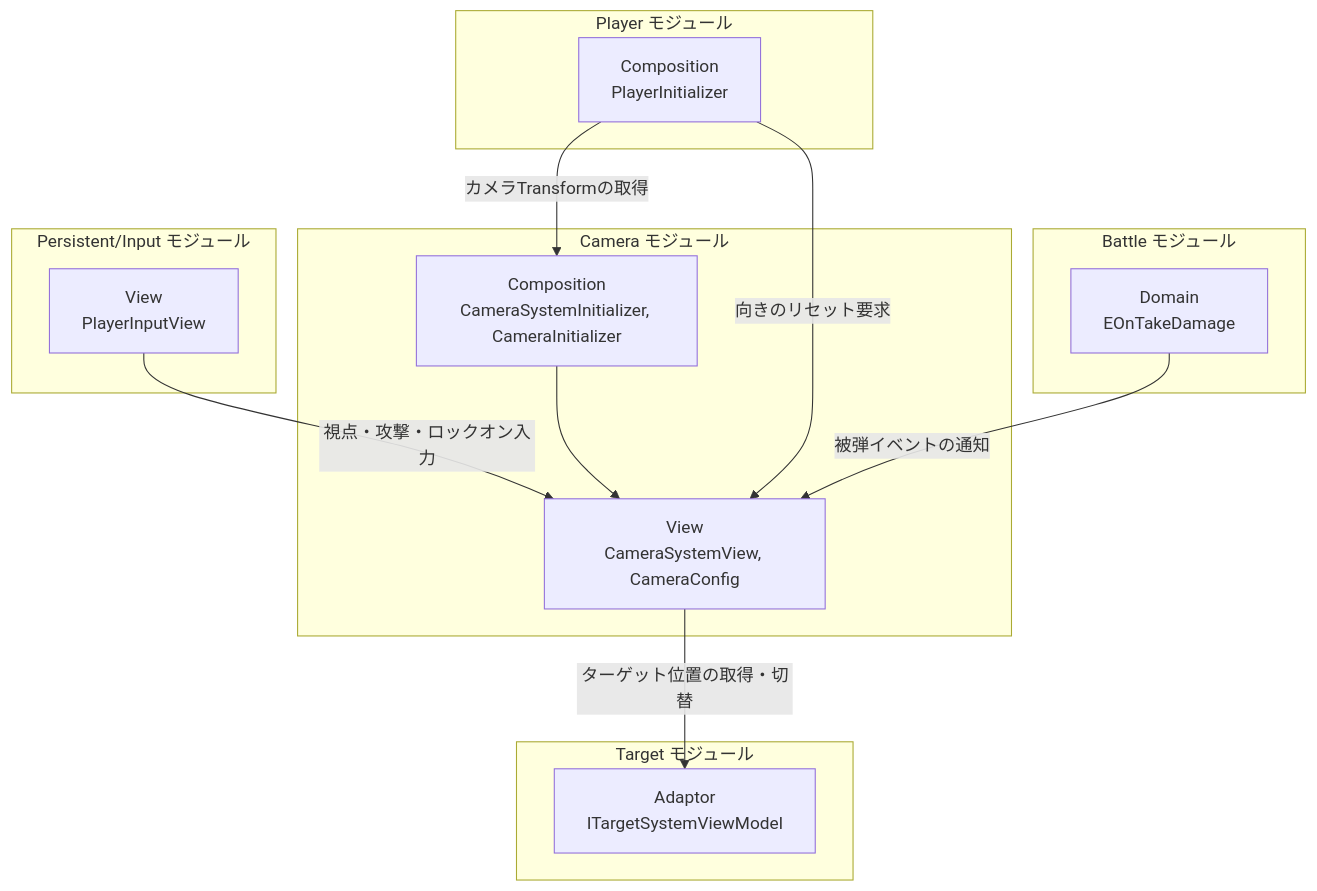
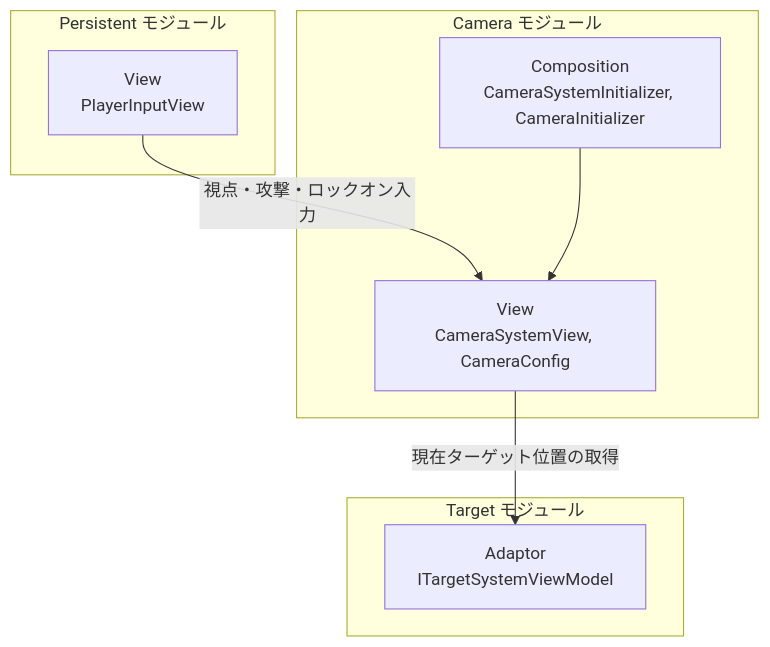
One commit to HIBIKI5201/SymphonyKillChord changed the first of 3 diagrams in Assets/Docs/ScriptsDocs/Modules/NotionModuleDocs/Camera.md. Above: the diagram before and after it, drawn with Mermaid. The commit also changed other lines of this file and 2383 other files, not shown here.

````diff
--- a/Assets/Docs/ScriptsDocs/Modules/NotionModuleDocs/Camera.md
+++ b/Assets/Docs/ScriptsDocs/Modules/NotionModuleDocs/Camera.md
@@ -49,32 +42,21 @@
 ```mermaid
 graph TD
     %% 定義 (接続のないレイヤーは省略)
     subgraph CameraModule [Camera モジュール]
         View["View<br>CameraSystemView, CameraConfig"]
         Composition["Composition<br>CameraSystemInitializer, CameraInitializer"]
     end
 
-    subgraph PersistentInputModule [Persistent/Input モジュール]
+    subgraph PersistentInputModule [Persistent モジュール]
         InputView["View<br>PlayerInputView"]
     end
 
     subgraph TargetModule [Target モジュール]
         TargetAdaptor["Adaptor<br>ITargetSystemViewModel"]
     end
 
-    subgraph PlayerModule [Player モジュール]
-        PlayerComposition["Composition<br>PlayerInitializer"]
-    end
-
-    subgraph BattleModule [Battle モジュール]
-        BattleDomain["Domain<br>EOnTakeDamage"]
-    end
-
     %% 依存関係
     InputView -->|視点・攻撃・ロックオン入力| View
-    View -->|ターゲット位置の取得・切替| TargetAdaptor
+    View -->|現在ターゲット位置の取得| TargetAdaptor
     Composition --> View
-    PlayerComposition -->|向きのリセット要求| View
-    PlayerComposition -->|カメラTransformの取得| Composition
-    BattleDomain -->|被弾イベントの通知| View
 ```
````
